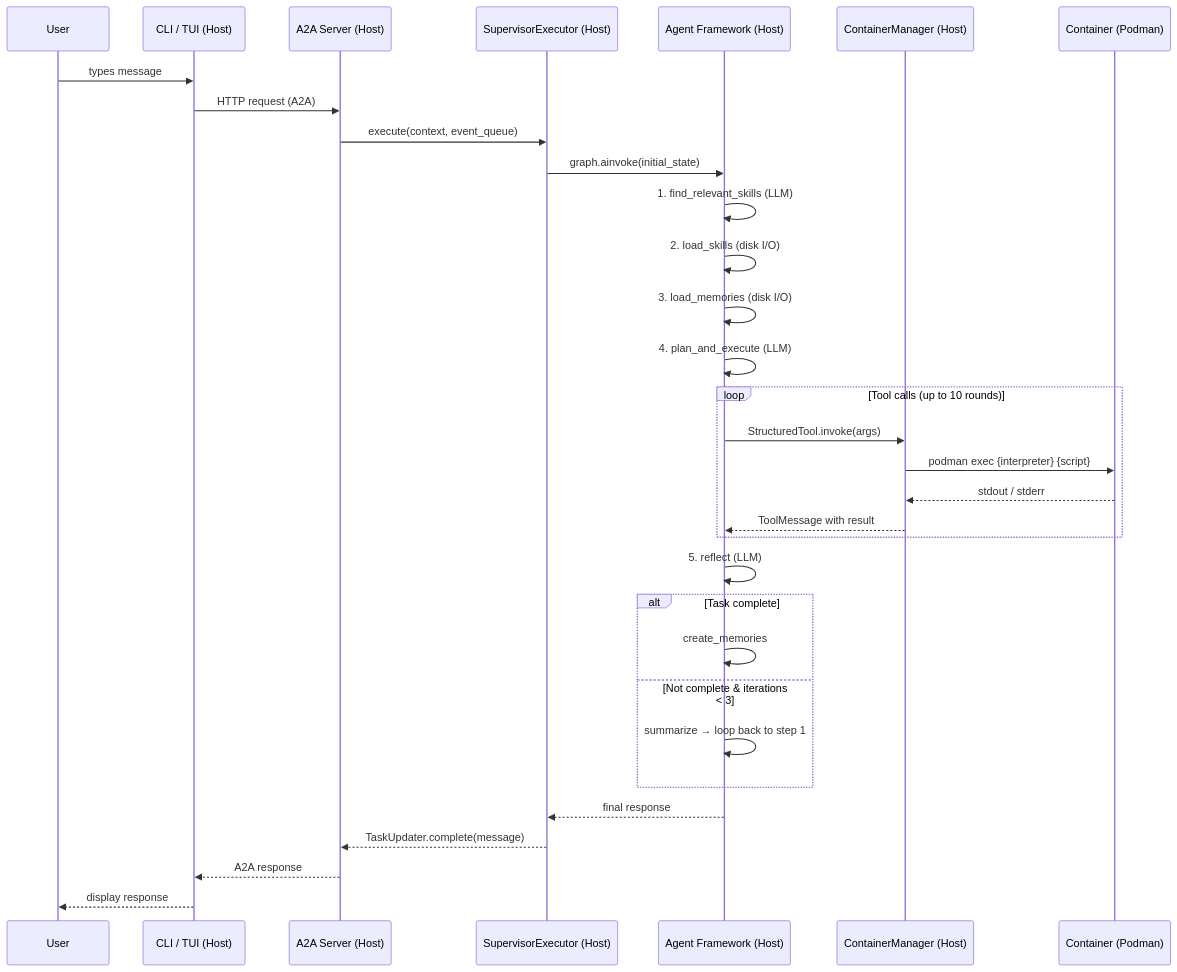
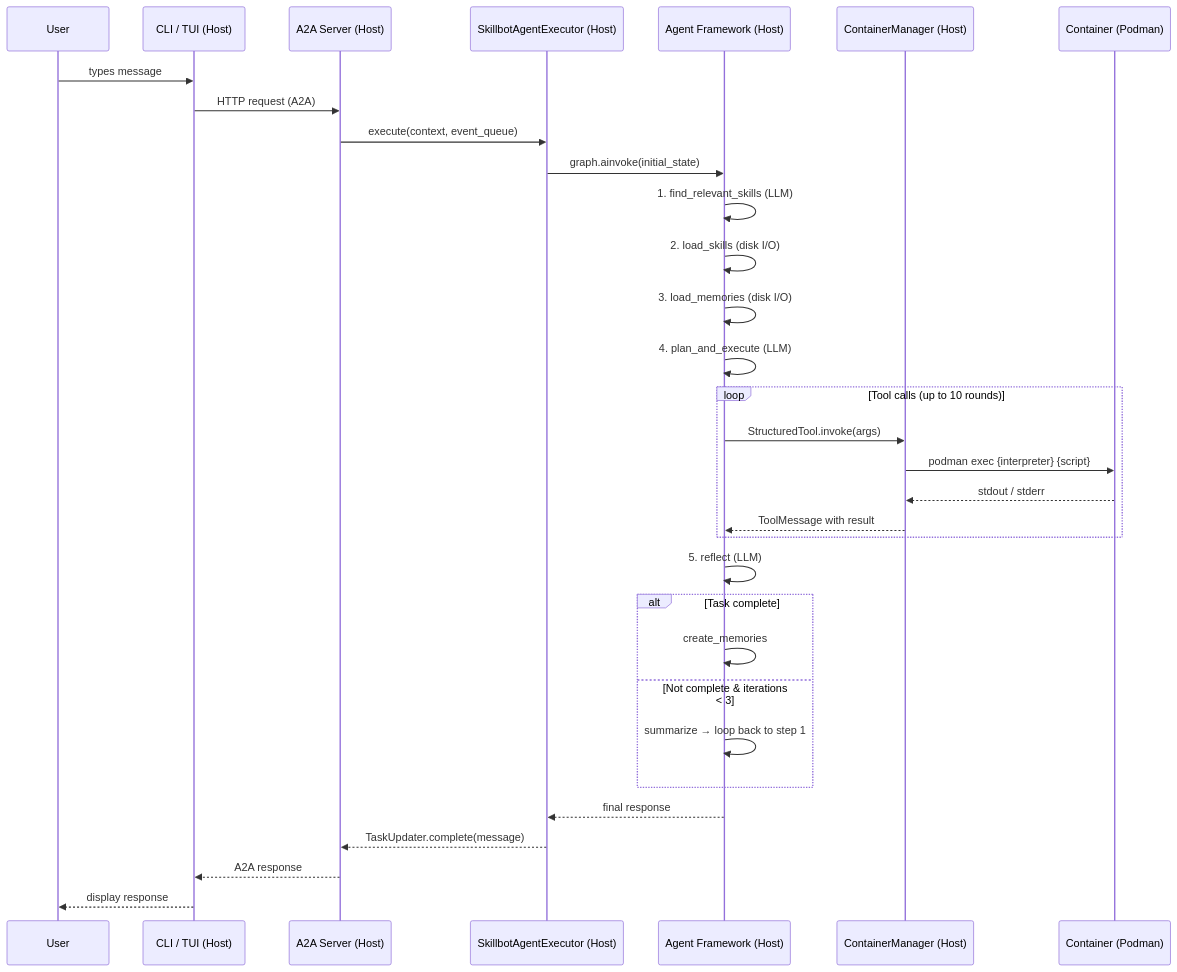
Before and after one commit to MadaraUchiha-314/skillbot: the third of 4 diagrams in docs/architecture.md, drawn with Mermaid. The commit also changed other lines of this file and 11 other files, not shown here.

````diff
--- a/docs/architecture.md
+++ b/docs/architecture.md
@@ -114,40 +114,40 @@
 ```mermaid
 sequenceDiagram
     participant User
     participant TUI as CLI / TUI (Host)
     participant Server as A2A Server (Host)
-    participant Sup as SupervisorExecutor (Host)
+    participant Sup as SkillbotAgentExecutor (Host)
     participant Agent as Agent Framework (Host)
     participant CMgr as ContainerManager (Host)
     participant Container as Container (Podman)
 
     User->>TUI: types message
     TUI->>Server: HTTP request (A2A)
     Server->>Sup: execute(context, event_queue)
     Sup->>Agent: graph.ainvoke(initial_state)
 
     Agent->>Agent: 1. find_relevant_skills (LLM)
     Agent->>Agent: 2. load_skills (disk I/O)
     Agent->>Agent: 3. load_memories (disk I/O)
     Agent->>Agent: 4. plan_and_execute (LLM)
 
     loop Tool calls (up to 10 rounds)
         Agent->>CMgr: StructuredTool.invoke(args)
         CMgr->>Container: podman exec {interpreter} {script}
         Container-->>CMgr: stdout / stderr
         CMgr-->>Agent: ToolMessage with result
     end
 
     Agent->>Agent: 5. reflect (LLM)
 
     alt Task complete
         Agent->>Agent: create_memories
     else Not complete & iterations < 3
         Agent->>Agent: summarize → loop back to step 1
     end
 
     Agent-->>Sup: final response
     Sup-->>Server: TaskUpdater.complete(message)
     Server-->>TUI: A2A response
     TUI-->>User: display response
 ```
````
